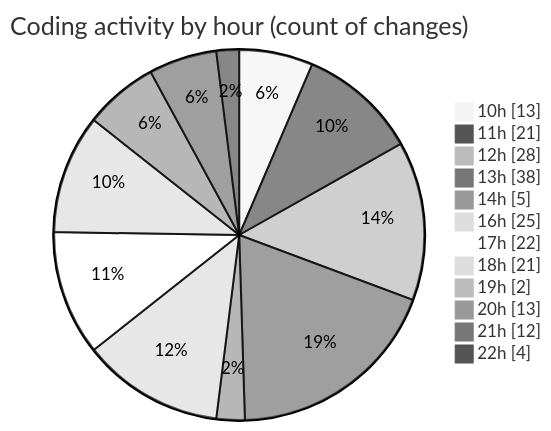
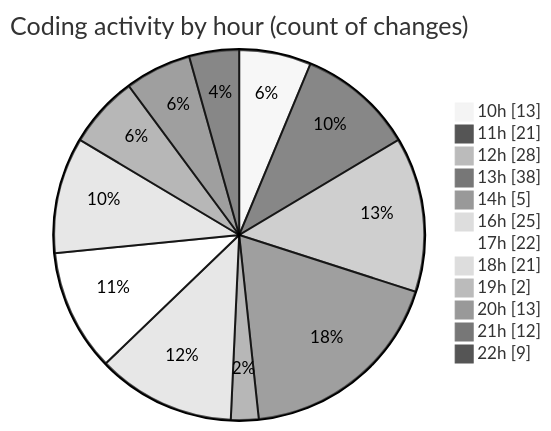
Before and after one commit to momahboobian/code-tracking: the second of 2 diagrams in 2025-06-19/cda/README.md, drawn with Mermaid (neutral theme). The commit also changed other lines of this file and 1 other file, not shown here.

````diff
--- a/2025-06-19/cda/README.md
+++ b/2025-06-19/cda/README.md
@@ -50,16 +50,16 @@
 ```mermaid
 pie showData
 title Coding activity by hour (count of changes)
 "10h" : 13
 "11h" : 21
 "12h" : 28
 "13h" : 38
 "14h" : 5
 "16h" : 25
 "17h" : 22
 "18h" : 21
 "19h" : 2
 "20h" : 13
 "21h" : 12
-"22h" : 4
+"22h" : 9
 ```
````
